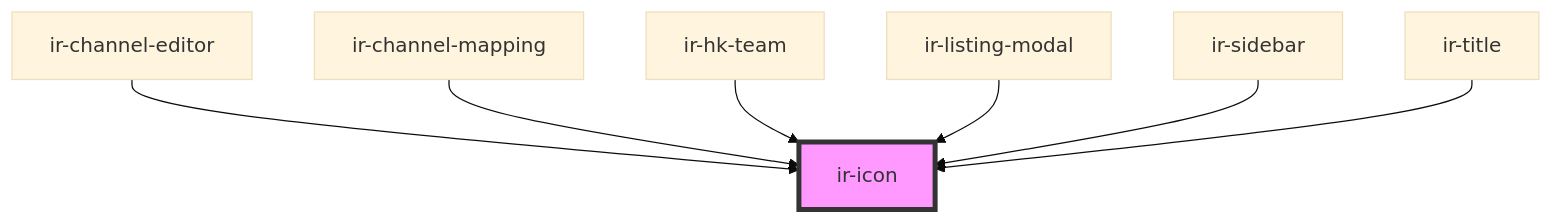
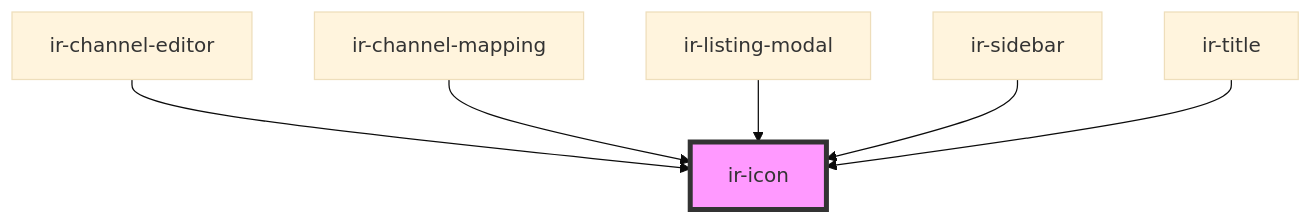
One commit to RonyRizk/ir-webcmp changed the diagram in src/components/ui/ir-icon/readme.md. Above: the diagram before and after it, drawn with Mermaid (base theme). The commit also changed other lines of this file and 88 other files, not shown here.

````diff
--- a/src/components/ui/ir-icon/readme.md
+++ b/src/components/ui/ir-icon/readme.md
@@ -35,10 +34,9 @@
 ```mermaid
 graph TD;
   ir-channel-editor --> ir-icon
   ir-channel-mapping --> ir-icon
-  ir-hk-team --> ir-icon
   ir-listing-modal --> ir-icon
   ir-sidebar --> ir-icon
   ir-title --> ir-icon
   style ir-icon fill:#f9f,stroke:#333,stroke-width:4px
 ```
````
